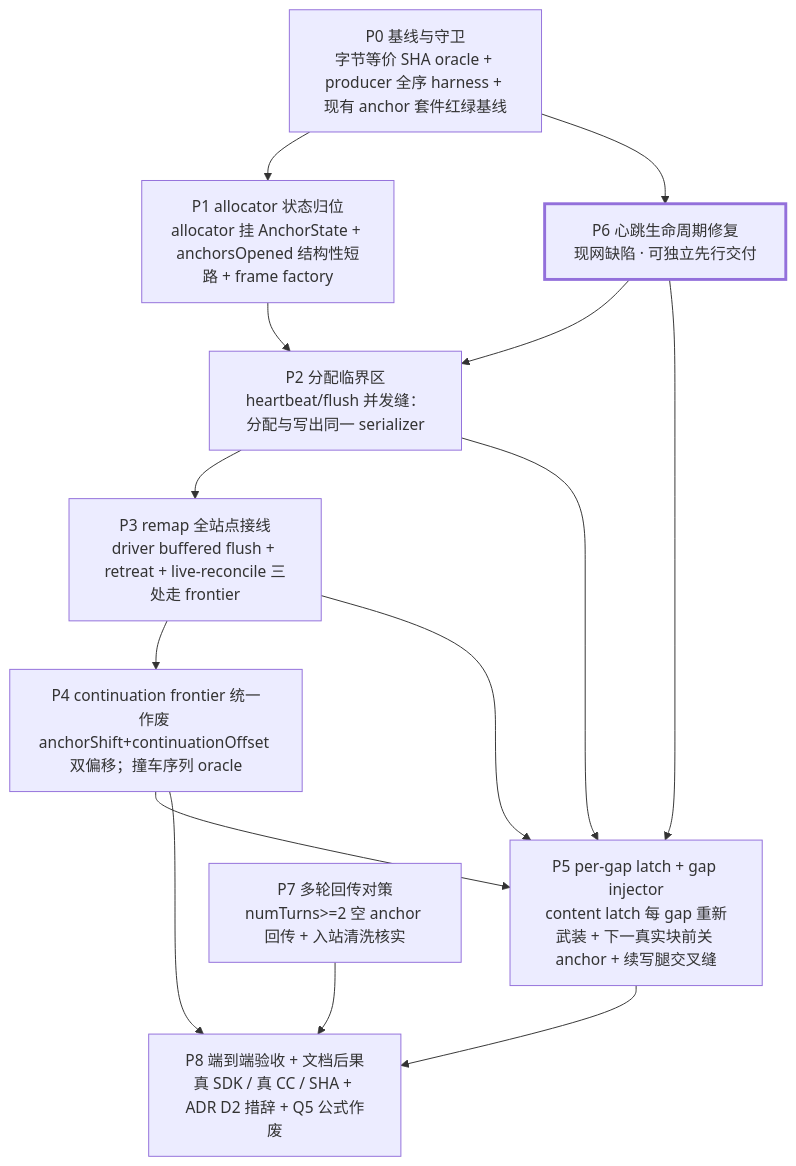
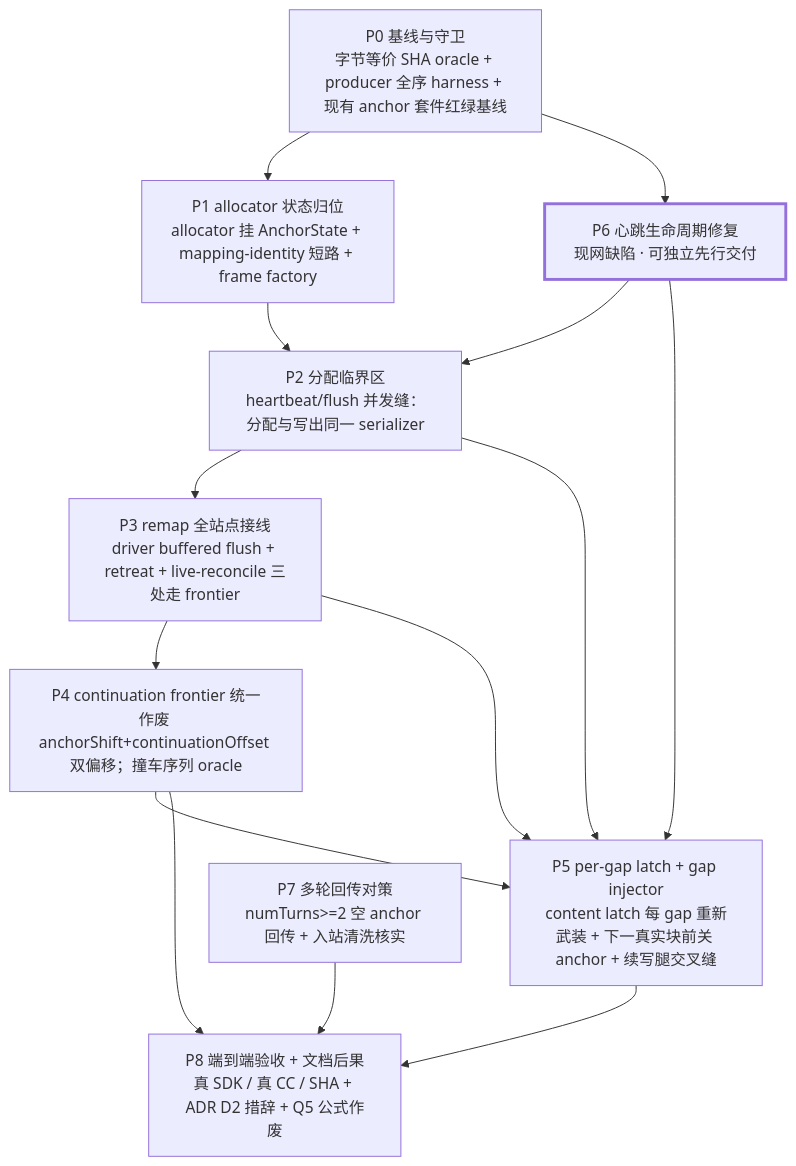
The diagram in docs/plan/2026-07-27-inter-block-anchor-allocator/README.md (puxu-msft/copilot-api-js), drawn with Mermaid before and after one commit. The commit also changed other lines of this file and 9 other files, not shown here.

````diff
--- a/docs/plan/2026-07-27-inter-block-anchor-allocator/README.md
+++ b/docs/plan/2026-07-27-inter-block-anchor-allocator/README.md
@@ -21,28 +21,28 @@
 ```mermaid
 graph TD
   P0["P0 基线与守卫<br/>字节等价 SHA oracle + producer 全序 harness + 现有 anchor 套件红绿基线"]
-  P1["P1 allocator 状态归位<br/>allocator 挂 AnchorState + anchorsOpened 结构性短路 + frame factory"]
+  P1["P1 allocator 状态归位<br/>allocator 挂 AnchorState + mapping-identity 短路 + frame factory"]
   P2["P2 分配临界区<br/>heartbeat/flush 并发缝：分配与写出同一 serializer"]
   P3["P3 remap 全站点接线<br/>driver buffered flush + retreat + live-reconcile 三处走 frontier"]
   P4["P4 continuation frontier 统一<br/>作废 anchorShift+continuationOffset 双偏移；撞车序列 oracle"]
   P5["P5 per-gap latch + gap injector<br/>content latch 每 gap 重新武装 + 下一真实块前关 anchor + 续写腿交叉缝"]
   P6["P6 心跳生命周期修复<br/>现网缺陷 · 可独立先行交付"]
   P7["P7 多轮回传对策<br/>numTurns>=2 空 anchor 回传 + 入站清洗核实"]
   P8["P8 端到端验收 + 文档后果<br/>真 SDK / 真 CC / SHA + ADR D2 措辞 + Q5 公式作废"]
 
   P0 --> P1
   P0 --> P6
   P1 --> P2
   P6 --> P2
   P2 --> P3
   P3 --> P4
   P2 --> P5
   P3 --> P5
   P6 --> P5
   P4 --> P5
   P4 --> P8
   P5 --> P8
   P7 --> P8
 
   style P6 stroke-width:3px
 ```
````
